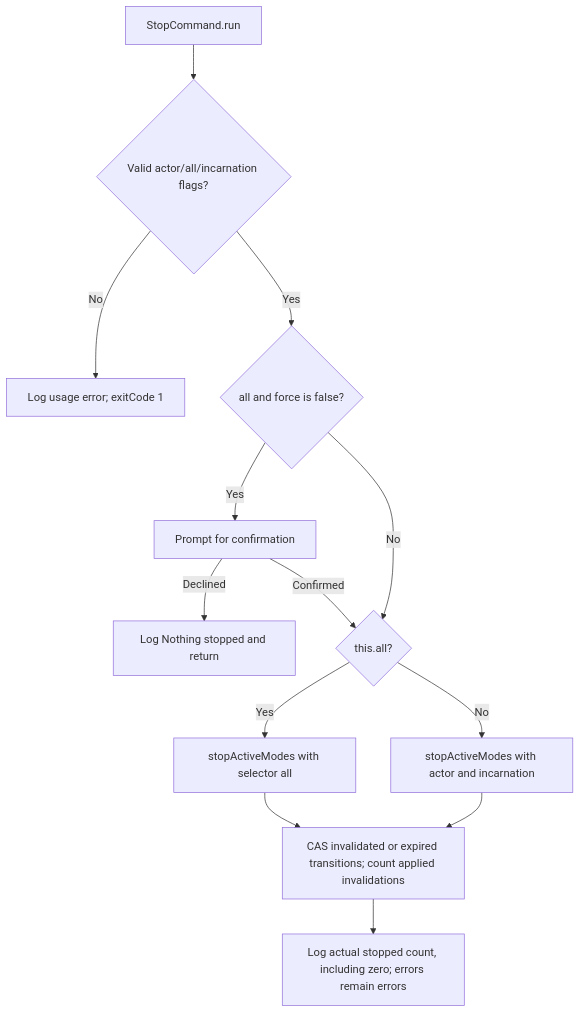
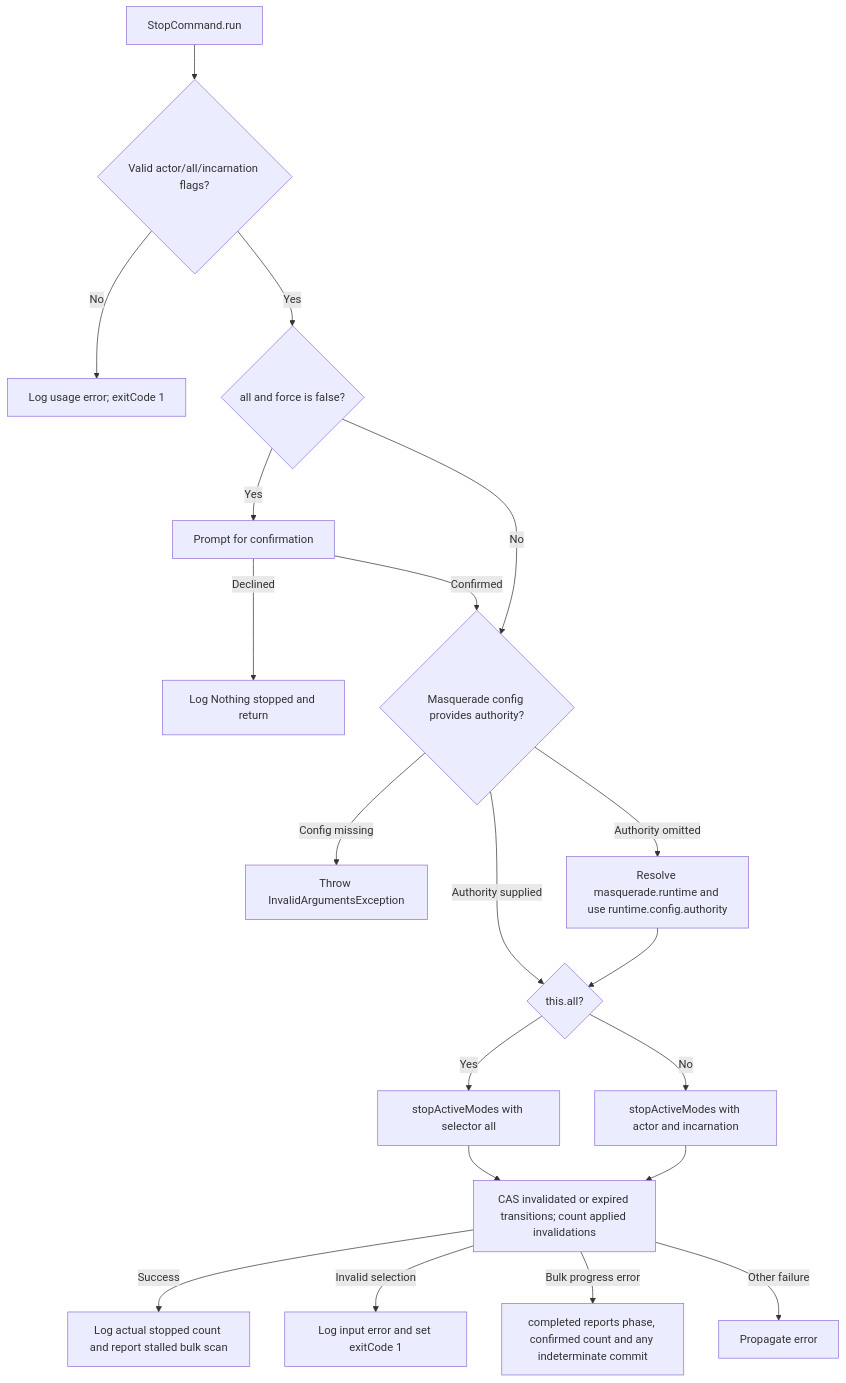
Before and after one commit to Kevinjohn/oss-adonisjs-masquerade: the second of 2 diagrams in user-stories/expire-retain-modes/us-ops-04-revoke-active-modes.md, drawn with Mermaid. The commit also changed other lines of this file and 20 other files, not shown here.

````diff
--- a/user-stories/expire-retain-modes/us-ops-04-revoke-active-modes.md
+++ b/user-stories/expire-retain-modes/us-ops-04-revoke-active-modes.md
@@ -45,15 +46,22 @@
 ```mermaid
 flowchart TD
     A["StopCommand.run"] --> B{"Valid actor/all/incarnation flags?"}
     B -->|No| X["Log usage error; exitCode 1"]
     B -->|Yes| C{"all and force is false?"}
     C -->|Yes| D["Prompt for confirmation"]
     D -->|Declined| E["Log Nothing stopped and return"]
-    D -->|Confirmed| F{"this.all?"}
-    C -->|No| F
+    D -->|Confirmed| P{"Masquerade config provides authority?"}
+    C -->|No| P
+    P -->|Config missing| Z["Throw InvalidArgumentsException"]
+    P -->|Authority supplied| F{"this.all?"}
+    P -->|Authority omitted| R["Resolve masquerade.runtime and use runtime.config.authority"]
+    R --> F
     F -->|Yes| G["stopActiveModes with selector all"]
     F -->|No| H["stopActiveModes with actor and incarnation"]
     G --> I["CAS invalidated or expired transitions; count applied invalidations"]
     H --> I
-    I --> J["Log actual stopped count, including zero; errors remain errors"]
+    I -->|Success| J["Log actual stopped count and report stalled bulk scan"]
+    I -->|Invalid selection| X2["Log input error and set exitCode 1"]
+    I -->|Bulk progress error| Y["completed reports phase, confirmed count and any indeterminate commit"]
+    I -->|Other failure| Z2["Propagate error"]
 ```
````
